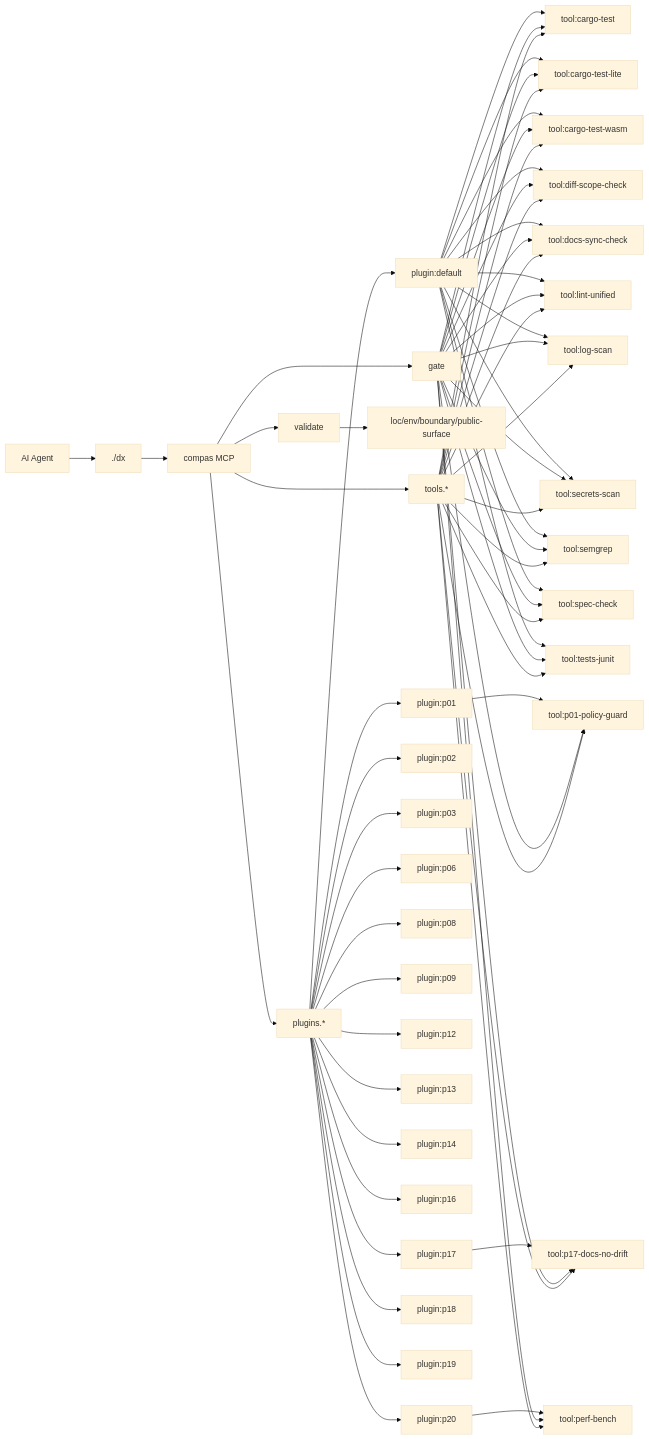
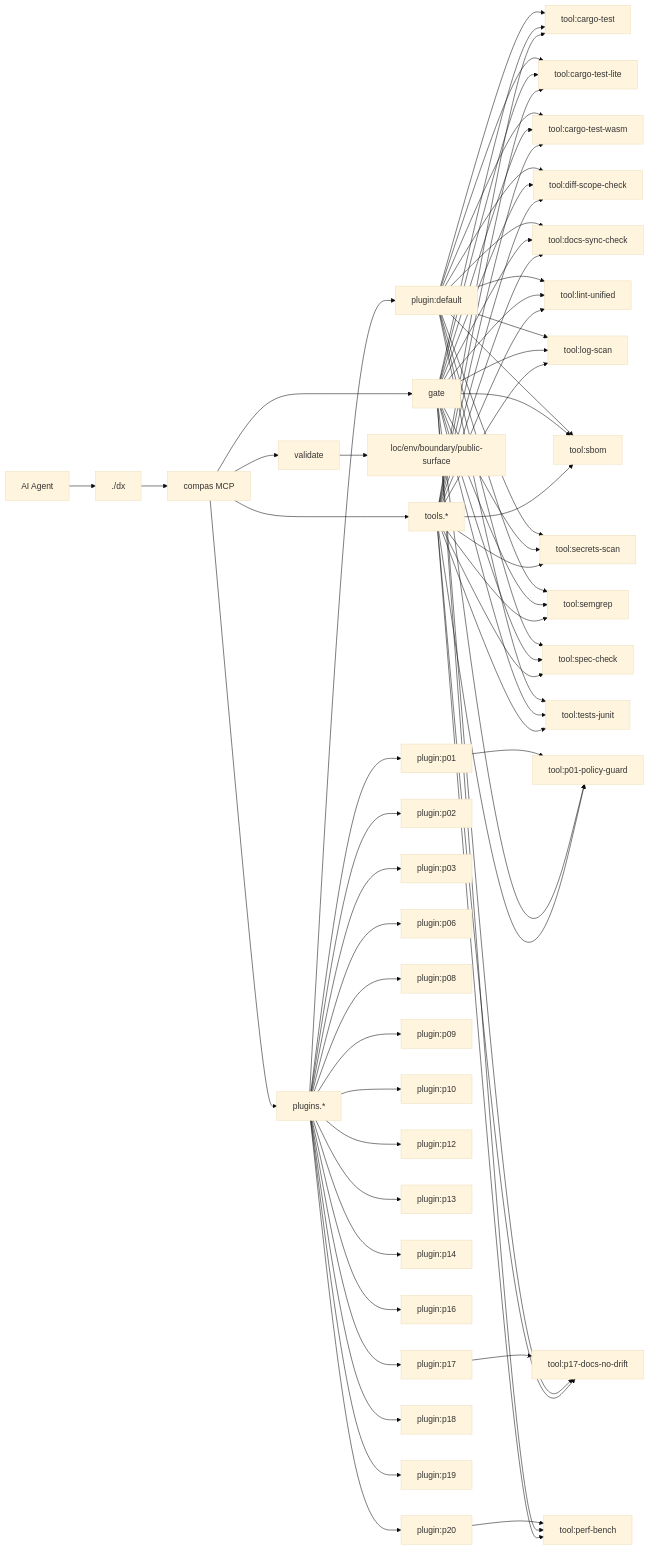
Before and after one commit to AmirTlinov/compas: the diagram in AGENTS.md, drawn with Mermaid (base theme). The commit also changed other lines of this file and 6 other files, not shown here.

````diff
--- a/AGENTS.md
+++ b/AGENTS.md
@@ -74,67 +76,71 @@
 ```mermaid
 flowchart LR
   Agent[AI Agent] --> DX[./dx]
   DX --> MCP[compas MCP]
   MCP --> V[validate]
   MCP --> G[gate]
   MCP --> PL[plugins.*]
   MCP --> TL[tools.*]
   V --> C1[loc/env/boundary/public-surface]
   PL --> P_default["plugin:default"]
   P_default --> T_cargo_test["tool:cargo-test"]
   G --> T_cargo_test
   P_default --> T_cargo_test_lite["tool:cargo-test-lite"]
   G --> T_cargo_test_lite
   P_default --> T_cargo_test_wasm["tool:cargo-test-wasm"]
   G --> T_cargo_test_wasm
   P_default --> T_diff_scope_check["tool:diff-scope-check"]
   G --> T_diff_scope_check
   P_default --> T_docs_sync_check["tool:docs-sync-check"]
   G --> T_docs_sync_check
   P_default --> T_lint_unified["tool:lint-unified"]
   G --> T_lint_unified
   P_default --> T_log_scan["tool:log-scan"]
   G --> T_log_scan
+  P_default --> T_sbom["tool:sbom"]
+  G --> T_sbom
   P_default --> T_secrets_scan["tool:secrets-scan"]
   G --> T_secrets_scan
   P_default --> T_semgrep["tool:semgrep"]
   G --> T_semgrep
   P_default --> T_spec_check["tool:spec-check"]
   G --> T_spec_check
   P_default --> T_tests_junit["tool:tests-junit"]
   G --> T_tests_junit
   PL --> P_p01["plugin:p01"]
   P_p01 --> T_p01_policy_guard["tool:p01-policy-guard"]
   G --> T_p01_policy_guard
   PL --> P_p02["plugin:p02"]
   PL --> P_p03["plugin:p03"]
   PL --> P_p06["plugin:p06"]
   PL --> P_p08["plugin:p08"]
   PL --> P_p09["plugin:p09"]
+  PL --> P_p10["plugin:p10"]
   PL --> P_p12["plugin:p12"]
   PL --> P_p13["plugin:p13"]
   PL --> P_p14["plugin:p14"]
   PL --> P_p16["plugin:p16"]
   PL --> P_p17["plugin:p17"]
   P_p17 --> T_p17_docs_no_drift["tool:p17-docs-no-drift"]
   G --> T_p17_docs_no_drift
   PL --> P_p18["plugin:p18"]
   PL --> P_p19["plugin:p19"]
   PL --> P_p20["plugin:p20"]
   P_p20 --> T_perf_bench["tool:perf-bench"]
   G --> T_perf_bench
   TL --> T_cargo_test
   TL --> T_cargo_test_lite
   TL --> T_cargo_test_wasm
   TL --> T_diff_scope_check
   TL --> T_docs_sync_check
   TL --> T_lint_unified
   TL --> T_log_scan
   TL --> T_p01_policy_guard
   TL --> T_p17_docs_no_drift
   TL --> T_perf_bench
+  TL --> T_sbom
   TL --> T_secrets_scan
   TL --> T_semgrep
   TL --> T_spec_check
   TL --> T_tests_junit
 ```
````
